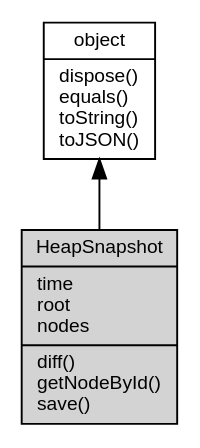
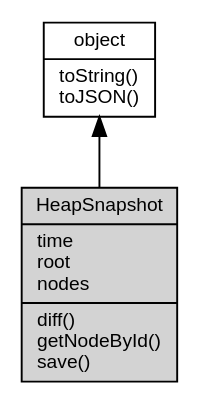
One commit to asionius/fibjs-ceph changed the diagram in docs/object/ifs/HeapSnapshot.md. Above: the diagram before and after it, drawn with Graphviz. The commit also changed other lines of this file and 138 other files, not shown here.

````diff
--- a/docs/object/ifs/HeapSnapshot.md
+++ b/docs/object/ifs/HeapSnapshot.md
@@ -5,10 +5,10 @@
 ```dot
 digraph {
     node [fontname="Helvetica,sans-Serif", fontsize=10, shape="record", style="filled", fillcolor="white"];
 
-    object [tooltip="object", URL="object.md", label="{object|dispose()\lequals()\ltoString()\ltoJSON()\l}"];
-    HeapSnapshot [tooltip="HeapSnapshot", fillcolor="lightgray", label="{HeapSnapshot|time\lroot\lnodes\l|diff()\lgetNodeById()\lsave()\l}"];
+    object [tooltip="object", URL="object.md", label="{object|toString()\ltoJSON()\l}"];
+    HeapSnapshot [tooltip="HeapSnapshot", fillcolor="lightgray", id="me", label="{HeapSnapshot|time\lroot\lnodes\l|diff()\lgetNodeById()\lsave()\l}"];
 
     object -> HeapSnapshot [dir=back];
 }
 ```
````
